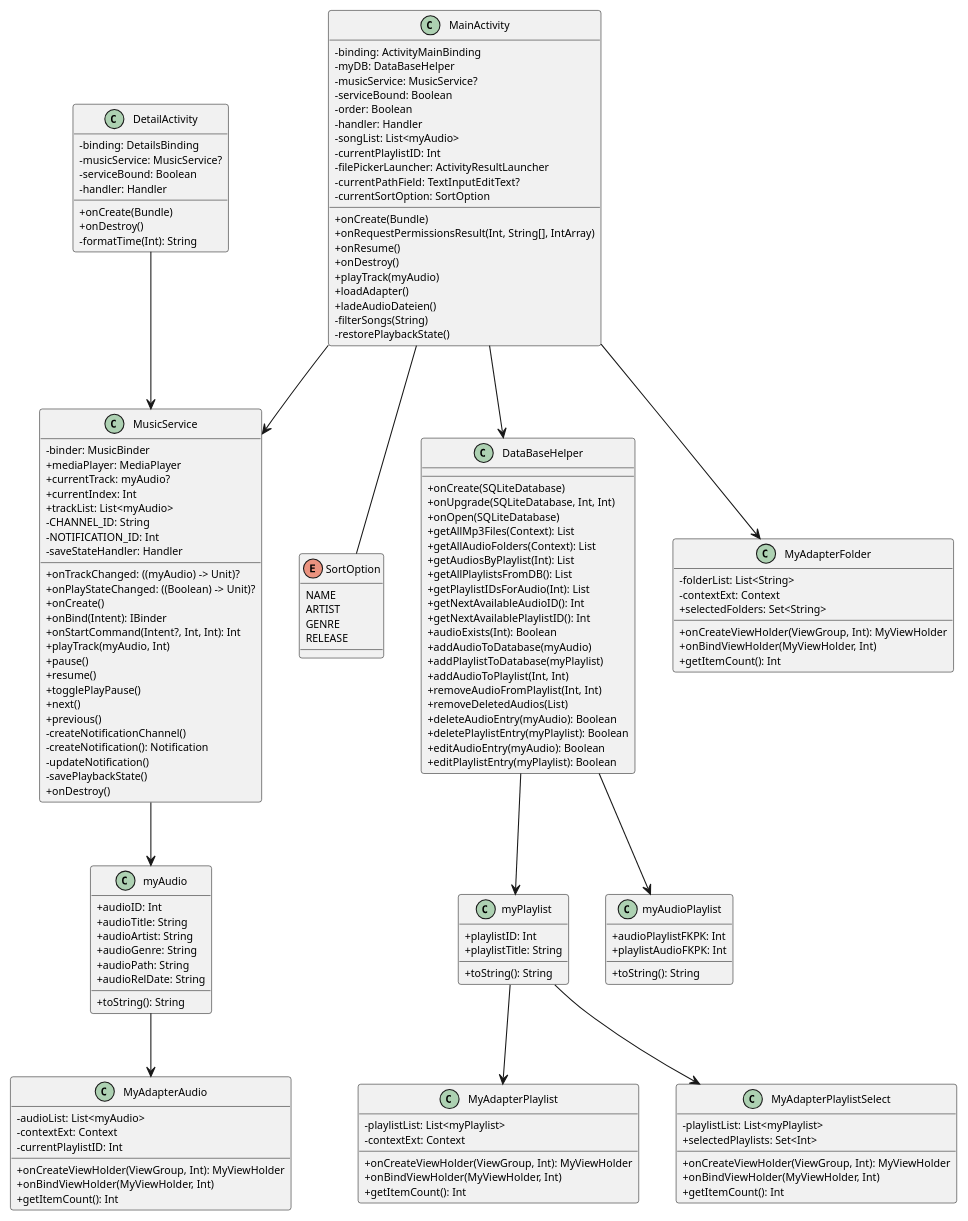
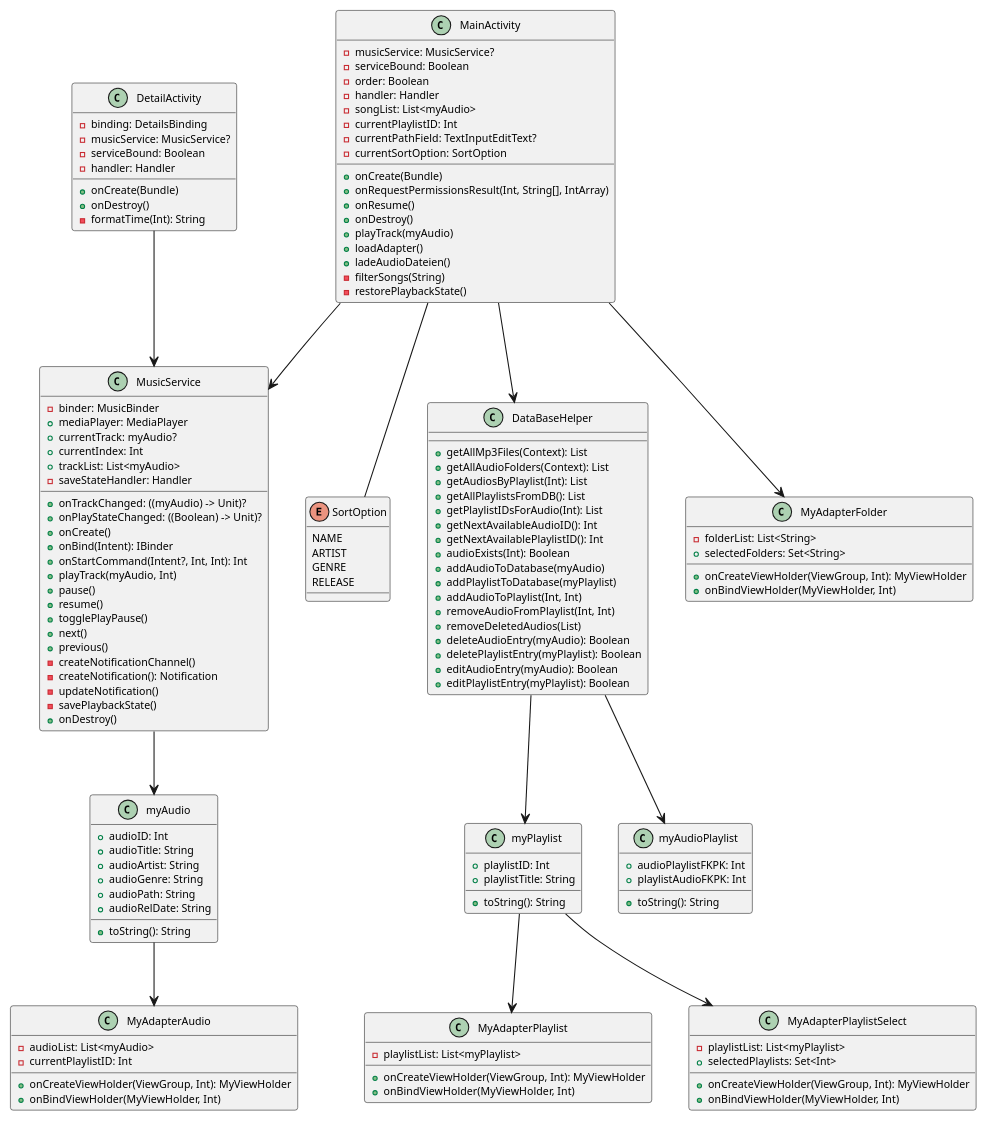
One commit to MatthiasWork/AndroidMusicPlayer changed the diagram in NewDiagram.puml. Above: the diagram before and after it, drawn with PlantUML. The commit also changed 1 other file, not shown here.

Commit message:
Diagramm fertig

```diff
--- a/NewDiagram.puml
+++ b/NewDiagram.puml
@@ -1,172 +1,157 @@
 @startuml
-skinparam classAttributeIconSize 0
+skinparam classAttributeIconSize 8
 skinparam defaultFontSize 10
 skinparam classFontSize 10
 
 class MainActivity {
-- binding: ActivityMainBinding
-- myDB: DataBaseHelper
 - musicService: MusicService?
 - serviceBound: Boolean
 - order: Boolean
 - handler: Handler
 - songList: List<myAudio>
 - currentPlaylistID: Int
-- filePickerLauncher: ActivityResultLauncher
 - currentPathField: TextInputEditText?
 - currentSortOption: SortOption
 + onCreate(Bundle)
 + onRequestPermissionsResult(Int, String[], IntArray)
 + onResume()
 + onDestroy()
 + playTrack(myAudio)
 + loadAdapter()
 + ladeAudioDateien()
 - filterSongs(String)
 - restorePlaybackState()
 }
 
 enum SortOption {
 NAME
 ARTIST
 GENRE
 RELEASE
 }
 
 MainActivity -- SortOption
 MainActivity -down-> MusicService
 
 class MusicService {
 - binder: MusicBinder
 + mediaPlayer: MediaPlayer
 + currentTrack: myAudio?
 + currentIndex: Int
 + trackList: List<myAudio>
-- CHANNEL_ID: String
-- NOTIFICATION_ID: Int
 - saveStateHandler: Handler
 + onTrackChanged: ((myAudio) -> Unit)?
 + onPlayStateChanged: ((Boolean) -> Unit)?
 + onCreate()
 + onBind(Intent): IBinder
 + onStartCommand(Intent?, Int, Int): Int
 + playTrack(myAudio, Int)
 + pause()
 + resume()
 + togglePlayPause()
 + next()
 + previous()
 - createNotificationChannel()
 - createNotification(): Notification
 - updateNotification()
 - savePlaybackState()
 + onDestroy()
 }
 
 MusicService -down-> myAudio
 
 class myAudio {
 + audioID: Int
 + audioTitle: String
 + audioArtist: String
 + audioGenre: String
 + audioPath: String
 + audioRelDate: String
 + toString(): String
 }
 
 MainActivity -down-> DataBaseHelper
 
 class DataBaseHelper {
-+ onCreate(SQLiteDatabase)
-+ onUpgrade(SQLiteDatabase, Int, Int)
-+ onOpen(SQLiteDatabase)
 + getAllMp3Files(Context): List
 + getAllAudioFolders(Context): List
 + getAudiosByPlaylist(Int): List
 + getAllPlaylistsFromDB(): List
 + getPlaylistIDsForAudio(Int): List
 + getNextAvailableAudioID(): Int
 + getNextAvailablePlaylistID(): Int
 + audioExists(Int): Boolean
 + addAudioToDatabase(myAudio)
 + addPlaylistToDatabase(myPlaylist)
 + addAudioToPlaylist(Int, Int)
 + removeAudioFromPlaylist(Int, Int)
 + removeDeletedAudios(List)
 + deleteAudioEntry(myAudio): Boolean
 + deletePlaylistEntry(myPlaylist): Boolean
 + editAudioEntry(myAudio): Boolean
 + editPlaylistEntry(myPlaylist): Boolean
 }
 
 DataBaseHelper -down-> myPlaylist
 
 class myPlaylist {
 + playlistID: Int
 + playlistTitle: String
 + toString(): String
 }
 
 DataBaseHelper -down-> myAudioPlaylist
 
 class myAudioPlaylist {
 + audioPlaylistFKPK: Int
 + playlistAudioFKPK: Int
 + toString(): String
 }
 
 class DetailActivity {
 - binding: DetailsBinding
 - musicService: MusicService?
 - serviceBound: Boolean
 - handler: Handler
 + onCreate(Bundle)
 + onDestroy()
 - formatTime(Int): String
 }
 
 DetailActivity -down-> MusicService
 
 myAudio -down-> MyAdapterAudio
 
 class MyAdapterAudio {
 - audioList: List<myAudio>
-- contextExt: Context
 - currentPlaylistID: Int
 + onCreateViewHolder(ViewGroup, Int): MyViewHolder
 + onBindViewHolder(MyViewHolder, Int)
-+ getItemCount(): Int
 }
 
 myPlaylist -down-> MyAdapterPlaylist
 
 class MyAdapterPlaylist {
 - playlistList: List<myPlaylist>
-- contextExt: Context
 + onCreateViewHolder(ViewGroup, Int): MyViewHolder
 + onBindViewHolder(MyViewHolder, Int)
-+ getItemCount(): Int
 }
 
 myPlaylist -down-> MyAdapterPlaylistSelect
 
 class MyAdapterPlaylistSelect {
 - playlistList: List<myPlaylist>
 + selectedPlaylists: Set<Int>
 + onCreateViewHolder(ViewGroup, Int): MyViewHolder
 + onBindViewHolder(MyViewHolder, Int)
-+ getItemCount(): Int
 }
 
 class MyAdapterFolder {
 - folderList: List<String>
-- contextExt: Context
 + selectedFolders: Set<String>
 + onCreateViewHolder(ViewGroup, Int): MyViewHolder
 + onBindViewHolder(MyViewHolder, Int)
-+ getItemCount(): Int
 }
 
 MainActivity -down-> MyAdapterFolder
 @enduml
```
